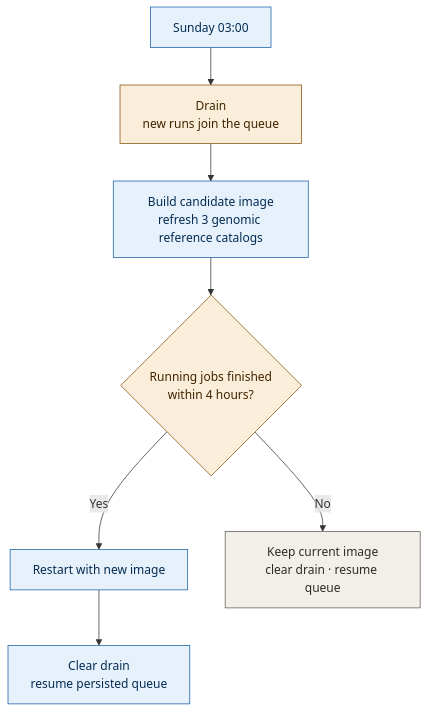
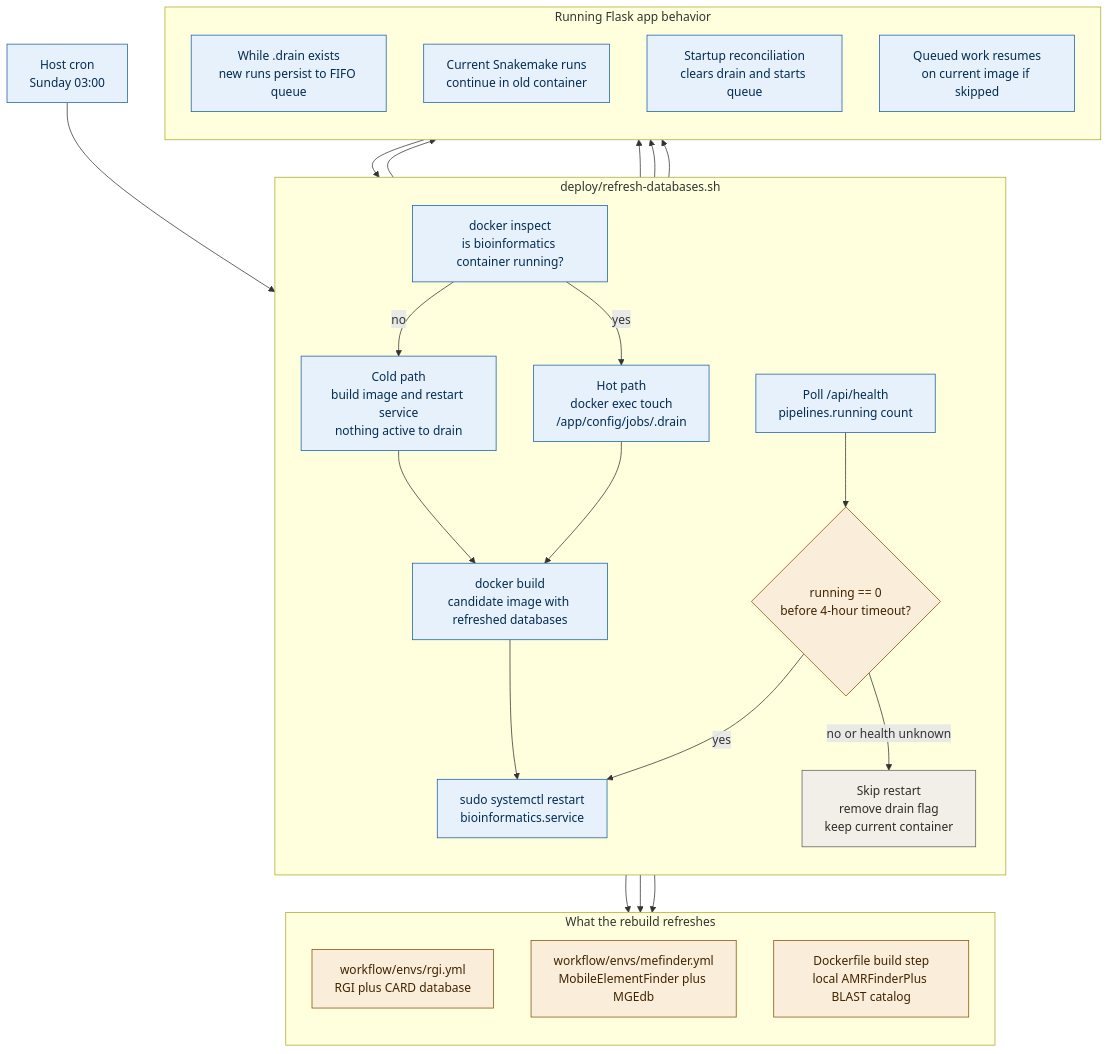
The fifth of 5 diagrams in docs/architecture.md (kennethtrancoding/bioinformatics), drawn with Mermaid before and after one commit. The commit also changed other lines of this file and 43 other files, not shown here.

````diff
--- a/docs/architecture.md
+++ b/docs/architecture.md
@@ -221,16 +333,50 @@
 ```mermaid
 flowchart TB
-    CRON["Sunday 03:00"] --> DRAIN["Drain<br/>new runs join the queue"]
-    DRAIN --> BUILD["Build candidate image<br/>refresh 3 genomic reference catalogs"]
-    BUILD --> WAIT{"Running jobs finished<br/>within 4 hours?"}
-    WAIT -- Yes --> RESTART["Restart with new image"]
-    RESTART --> BOOT["Clear drain<br/>resume persisted queue"]
-    WAIT -- No --> SKIP["Keep current image<br/>clear drain · resume queue"]
+    CRON["Host cron<br/>Sunday 03:00"]
+
+    subgraph SCRIPT["deploy/refresh-databases.sh"]
+        direction TB
+        CHECK["docker inspect<br/>is bioinformatics container running?"]
+        COLD["Cold path<br/>build image and restart service<br/>nothing active to drain"]
+        DRAIN["Hot path<br/>docker exec touch<br/>/app/config/jobs/.drain"]
+        BUILD["docker build<br/>candidate image with refreshed databases"]
+        POLL["Poll /api/health<br/>pipelines.running count"]
+        WAIT{"running == 0<br/>before 4-hour timeout?"}
+        RESTART["sudo systemctl restart<br/>bioinformatics.service"]
+        SKIP["Skip restart<br/>remove drain flag<br/>keep current container"]
+    end
+
+    subgraph WHY["What the rebuild refreshes"]
+        direction TB
+        RGI["workflow/envs/rgi.yml<br/>RGI plus CARD database"]
+        MEF["workflow/envs/mefinder.yml<br/>MobileElementFinder plus MGEdb"]
+        AMR["Dockerfile build step<br/>local AMRFinderPlus BLAST catalog"]
+    end
+
+    subgraph APP["Running Flask app behavior"]
+        direction TB
+        QUEUE["While .drain exists<br/>new runs persist to FIFO queue"]
+        CURRENT["Current Snakemake runs<br/>continue in old container"]
+        BOOT["Startup reconciliation<br/>clears drain and starts queue"]
+        RESUME["Queued work resumes<br/>on current image if skipped"]
+    end
+
+    CRON --> CHECK
+    CHECK -- no --> COLD --> BUILD --> RESTART
+    CHECK -- yes --> DRAIN --> QUEUE
+    DRAIN --> BUILD
+    BUILD --> RGI
+    BUILD --> MEF
+    BUILD --> AMR
+    BUILD --> CURRENT
+    CURRENT --> POLL --> WAIT
+    WAIT -- yes --> RESTART --> BOOT
+    WAIT -- no or health unknown --> SKIP --> RESUME
 
     classDef app fill:#E6F1FB,stroke:#185FA5,color:#042C53
     classDef state fill:#FAEEDA,stroke:#854F0B,color:#412402
     classDef stop fill:#F1EFE8,stroke:#5F5E5A,color:#2C2C2A
-    class CRON,BUILD,RESTART,BOOT app
-    class DRAIN,WAIT state
+    class CRON,CHECK,COLD,DRAIN,BUILD,POLL,RESTART,QUEUE,CURRENT,BOOT,RESUME app
+    class WAIT,RGI,MEF,AMR state
     class SKIP stop
 ```
````
